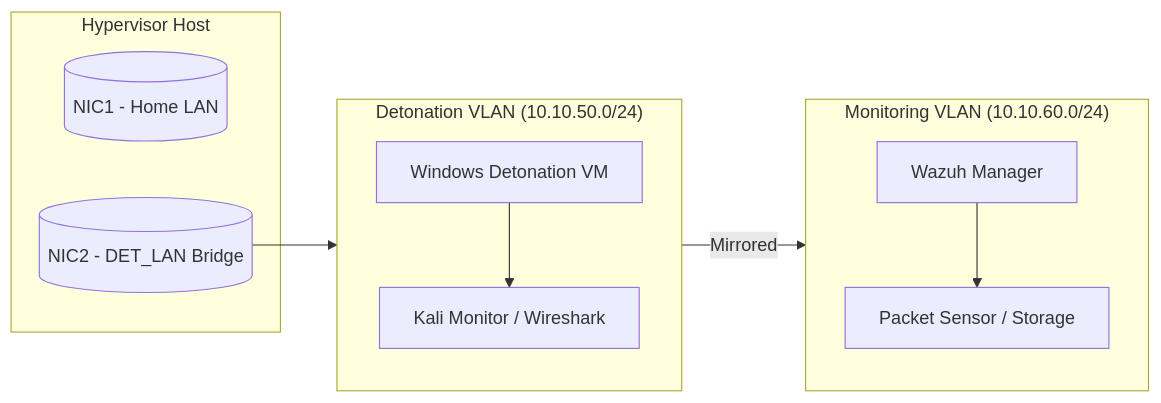
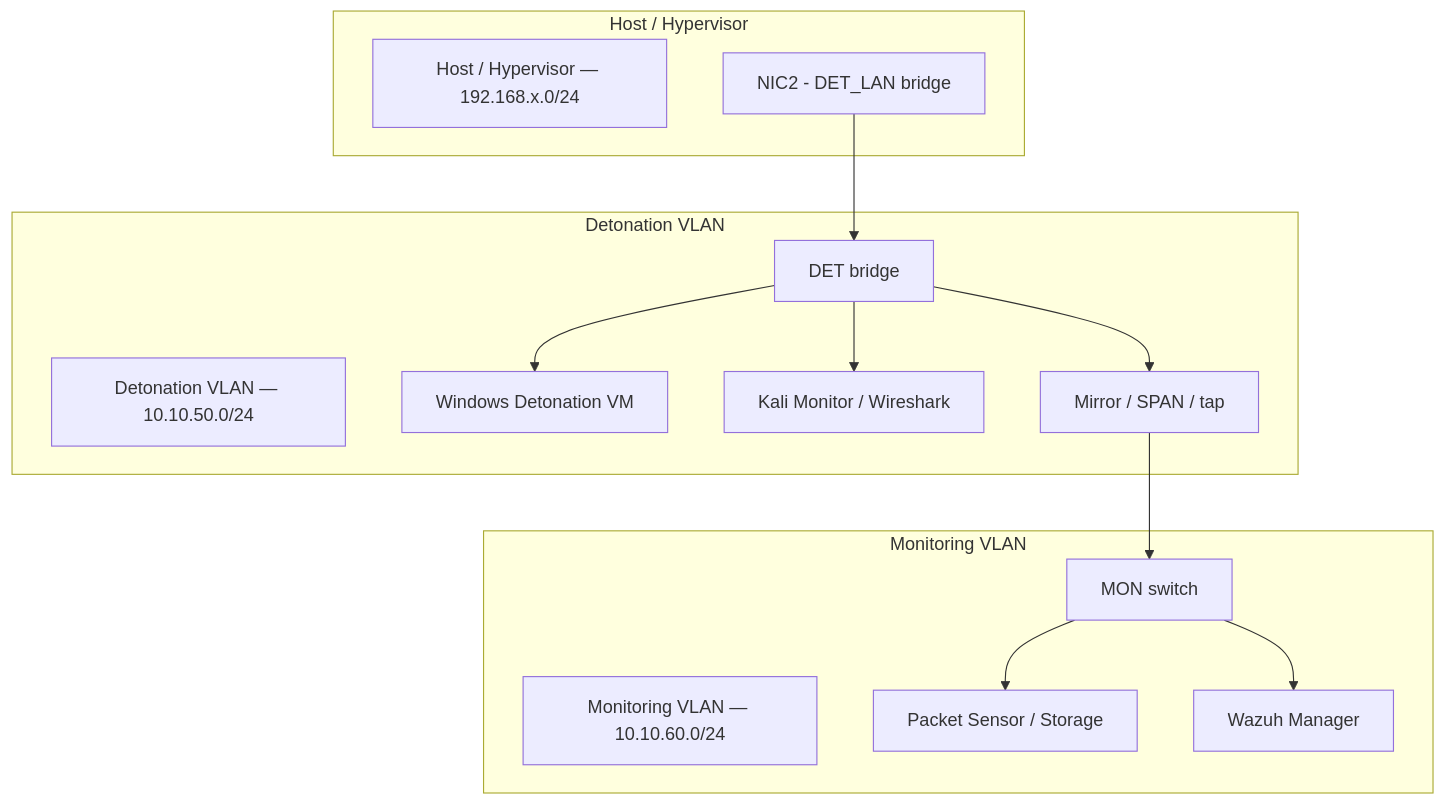
One commit to jtarkington77/CyberLab changed the diagram in README.md. Above: the diagram before and after it, drawn with Mermaid. The commit also changed other lines of this file, not shown here.

````diff
--- a/README.md
+++ b/README.md
@@ -90,22 +90,35 @@
 ```mermaid
-flowchart LR
-    subgraph Host[Hypervisor Host]
-        HostNIC1[(NIC1 - Home LAN)]
-        HostNIC2[(NIC2 - DET_LAN Bridge)]
-    end
+flowchart TB
+  %% HOST
+  subgraph HOST[Host / Hypervisor]
+    Htitle[Host / Hypervisor — 192.168.x.0/24]
+    NIC2[NIC2 - DET_LAN bridge]
+  end
 
-    subgraph Detonation_LAN["Detonation VLAN (10.10.50.0/24)"]
-        WinDet[Windows Detonation VM]
-        Kali[Kali Monitor / Wireshark]
-    end
+  %% DETONATION
+  subgraph DET[Detonation VLAN]
+    Dtitle[Detonation VLAN — 10.10.50.0/24]
+    BR1[DET bridge]
+    Win[Windows Detonation VM]
+    Kali[Kali Monitor / Wireshark]
+    SPAN[Mirror / SPAN / tap]
+  end
 
-    subgraph Monitoring_LAN["Monitoring VLAN (10.10.60.0/24)"]
-        Wazuh[Wazuh Manager]
-        Sensor[Packet Sensor / Storage]
-    end
+  %% MONITORING
+  subgraph MON[Monitoring VLAN]
+    Mtitle[Monitoring VLAN — 10.10.60.0/24]
+    BR2[MON switch]
+    Sensor[Packet Sensor / Storage]
+    Wazuh[Wazuh Manager]
+  end
 
-    HostNIC2 --> Detonation_LAN
-    WinDet --> Kali
-    Detonation_LAN -->|Mirrored| Monitoring_LAN
-    Wazuh --> Sensor
+  %% Connections
+  NIC2 --> BR1
+  BR1 --> Win
+  BR1 --> Kali
+  BR1 --> SPAN --> BR2
+  BR2 --> Sensor
+  BR2 --> Wazuh
+
+
 ```
````
